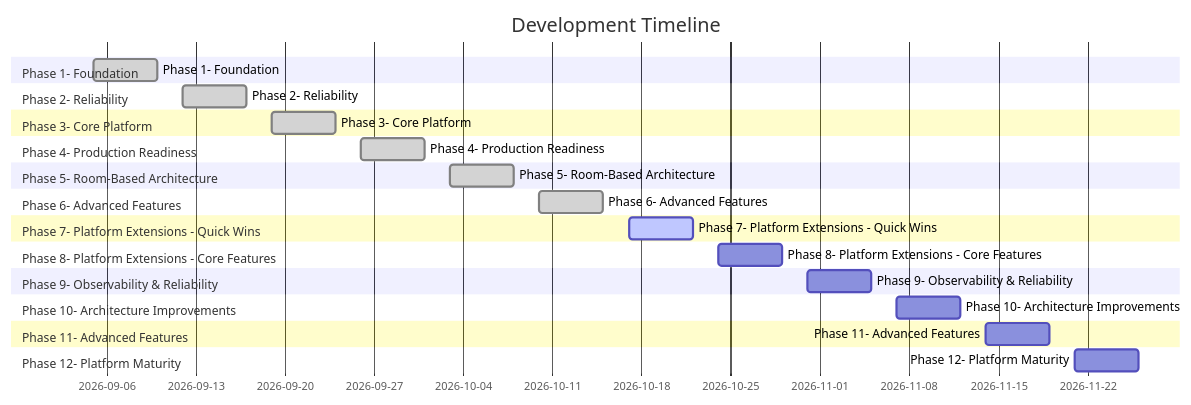
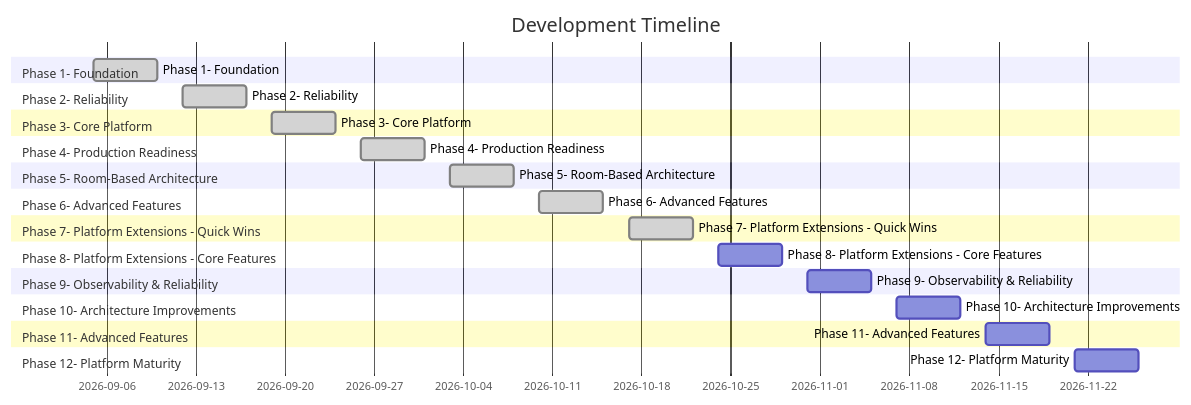
One commit to Alkamenos/smart-home-platform changed the diagram in ROADMAP.md. Above: the diagram before and after it, drawn with Mermaid. The commit also changed other lines of this file, not shown here.

Commit message:
docs: Update ROADMAP.md - mark Phase 7 as completed

````diff
--- a/ROADMAP.md
+++ b/ROADMAP.md
@@ -5,42 +5,42 @@
 ```mermaid
 gantt
     title Development Timeline
     dateFormat YYYY-MM-DD
 
     section Phase 1- Foundation
     Phase 1- Foundation :done, p1, 2026-09-05, 2026-09-10
 
     section Phase 2- Reliability
     Phase 2- Reliability :done, p2, 2026-09-12, 2026-09-17
 
     section Phase 3- Core Platform
     Phase 3- Core Platform :done, p3, 2026-09-19, 2026-09-24
 
     section Phase 4- Production Readiness
     Phase 4- Production Readiness :done, p4, 2026-09-26, 2026-10-01
 
     section Phase 5- Room-Based Architecture
     Phase 5- Room-Based Architecture :done, p5, 2026-10-03, 2026-10-08
 
     section Phase 6- Advanced Features
     Phase 6- Advanced Features :done, p6, 2026-10-10, 2026-10-15
 
     section Phase 7- Platform Extensions - Quick Wins
-    Phase 7- Platform Extensions - Quick Wins :active, p7, 2026-10-17, 2026-10-22
+    Phase 7- Platform Extensions - Quick Wins :done, p7, 2026-10-17, 2026-10-22
 
     section Phase 8- Platform Extensions - Core Features
     Phase 8- Platform Extensions - Core Features :p8, 2026-10-24, 2026-10-29
 
     section Phase 9- Observability & Reliability
     Phase 9- Observability & Reliability :p9, 2026-10-31, 2026-11-05
 
     section Phase 10- Architecture Improvements
     Phase 10- Architecture Improvements :p10, 2026-11-07, 2026-11-12
 
     section Phase 11- Advanced Features
     Phase 11- Advanced Features :p11, 2026-11-14, 2026-11-19
 
     section Phase 12- Platform Maturity
     Phase 12- Platform Maturity :p12, 2026-11-21, 2026-11-26
 
 ```
````
